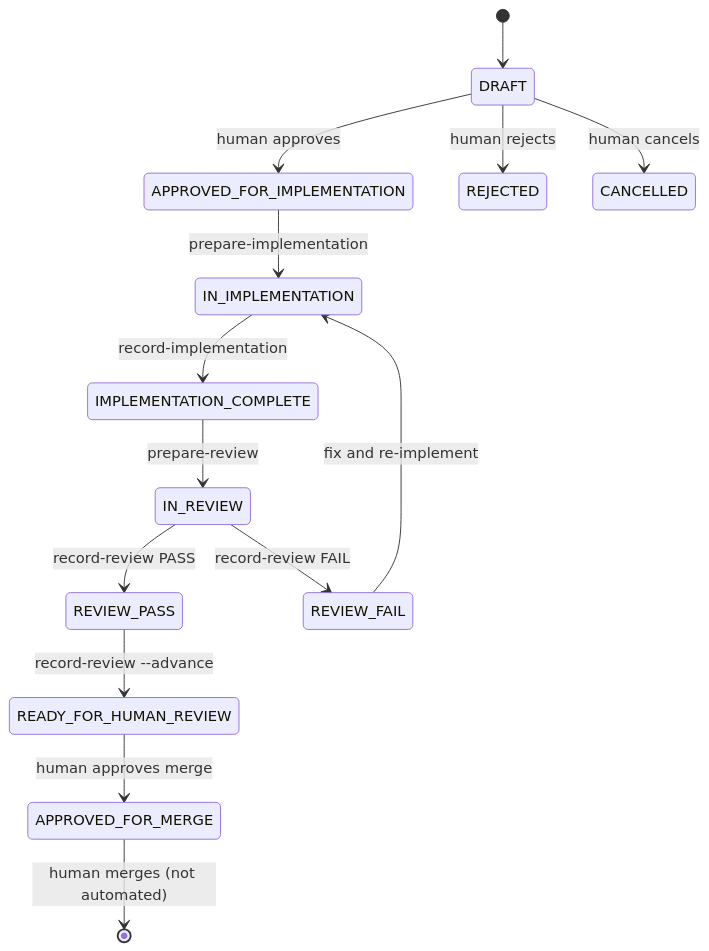
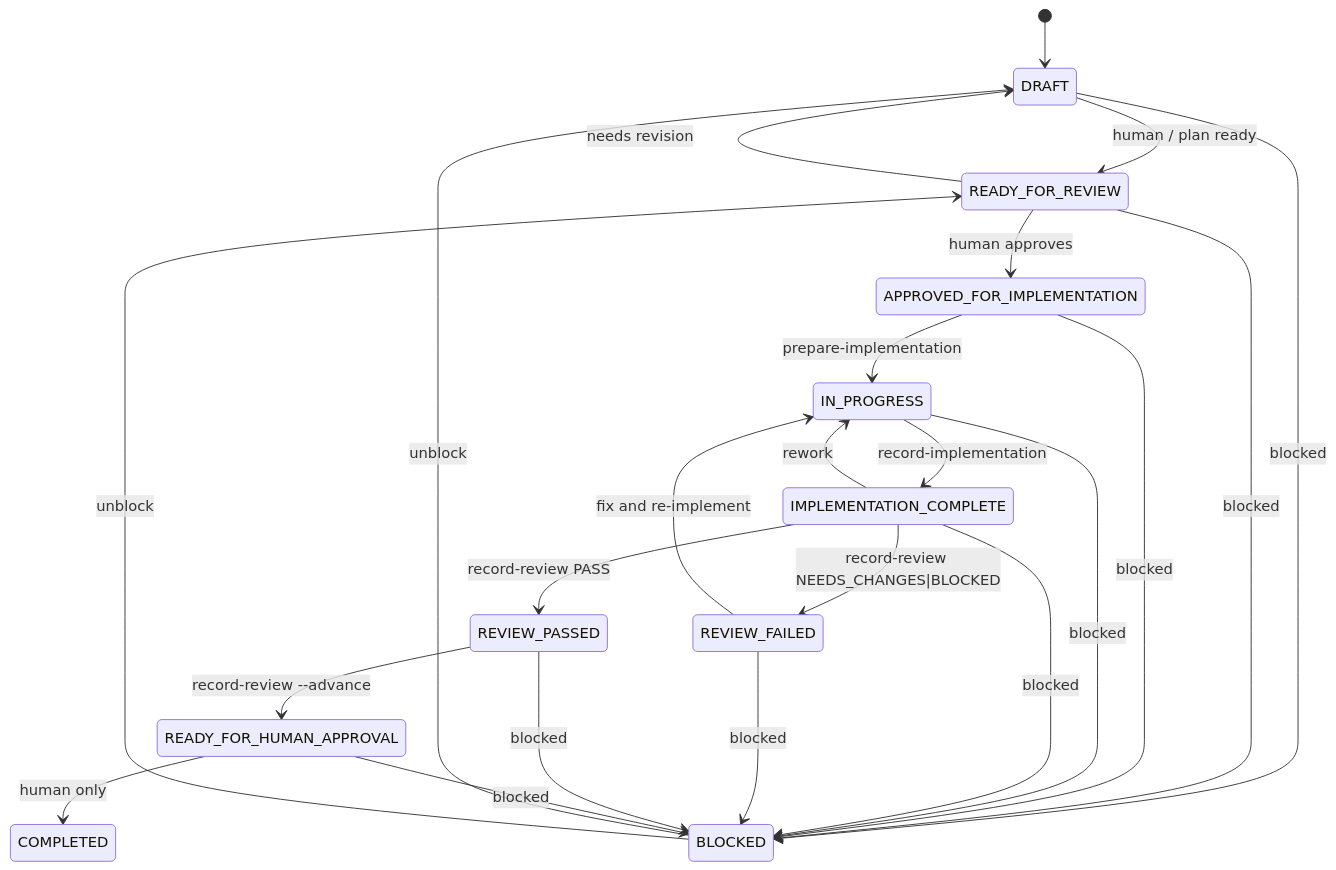
Before and after one commit to mjwiseman07/finsight-reports-app: the diagram in docs/agent/STATE_MACHINE.md, drawn with Mermaid. The commit also changed other lines of this file and 20 other files, not shown here.

Commit message:
test(orchestrator): harden V1 approval and review gates

````diff
--- a/docs/agent/STATE_MACHINE.md
+++ b/docs/agent/STATE_MACHINE.md
@@ -3,16 +3,25 @@
 ```mermaid
 stateDiagram-v2
   [*] --> DRAFT
-  DRAFT --> APPROVED_FOR_IMPLEMENTATION: human approves
-  APPROVED_FOR_IMPLEMENTATION --> IN_IMPLEMENTATION: prepare-implementation
-  IN_IMPLEMENTATION --> IMPLEMENTATION_COMPLETE: record-implementation
-  IMPLEMENTATION_COMPLETE --> IN_REVIEW: prepare-review
-  IN_REVIEW --> REVIEW_PASS: record-review PASS
-  IN_REVIEW --> REVIEW_FAIL: record-review FAIL
-  REVIEW_PASS --> READY_FOR_HUMAN_REVIEW: record-review --advance
-  REVIEW_FAIL --> IN_IMPLEMENTATION: fix and re-implement
-  READY_FOR_HUMAN_REVIEW --> APPROVED_FOR_MERGE: human approves merge
-  DRAFT --> REJECTED: human rejects
-  DRAFT --> CANCELLED: human cancels
-  APPROVED_FOR_MERGE --> [*]: human merges (not automated)
+  DRAFT --> READY_FOR_REVIEW: human / plan ready
+  DRAFT --> BLOCKED: blocked
+  READY_FOR_REVIEW --> APPROVED_FOR_IMPLEMENTATION: human approves
+  READY_FOR_REVIEW --> DRAFT: needs revision
+  READY_FOR_REVIEW --> BLOCKED: blocked
+  APPROVED_FOR_IMPLEMENTATION --> IN_PROGRESS: prepare-implementation
+  APPROVED_FOR_IMPLEMENTATION --> BLOCKED: blocked
+  IN_PROGRESS --> IMPLEMENTATION_COMPLETE: record-implementation
+  IN_PROGRESS --> BLOCKED: blocked
+  IMPLEMENTATION_COMPLETE --> REVIEW_PASSED: record-review PASS
+  IMPLEMENTATION_COMPLETE --> REVIEW_FAILED: record-review NEEDS_CHANGES|BLOCKED
+  IMPLEMENTATION_COMPLETE --> IN_PROGRESS: rework
+  IMPLEMENTATION_COMPLETE --> BLOCKED: blocked
+  REVIEW_FAILED --> IN_PROGRESS: fix and re-implement
+  REVIEW_FAILED --> BLOCKED: blocked
+  REVIEW_PASSED --> READY_FOR_HUMAN_APPROVAL: record-review --advance
+  REVIEW_PASSED --> BLOCKED: blocked
+  READY_FOR_HUMAN_APPROVAL --> COMPLETED: human only
+  READY_FOR_HUMAN_APPROVAL --> BLOCKED: blocked
+  BLOCKED --> DRAFT: unblock
+  BLOCKED --> READY_FOR_REVIEW: unblock
 ```
````
